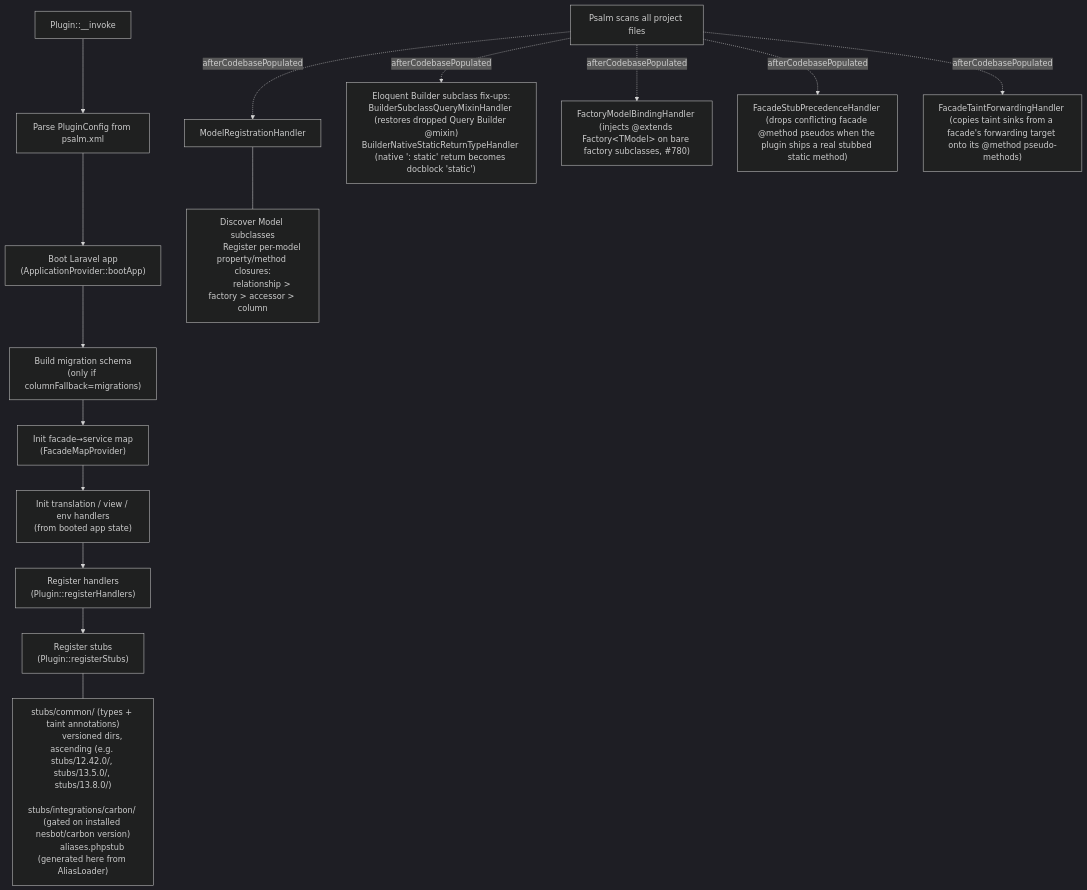
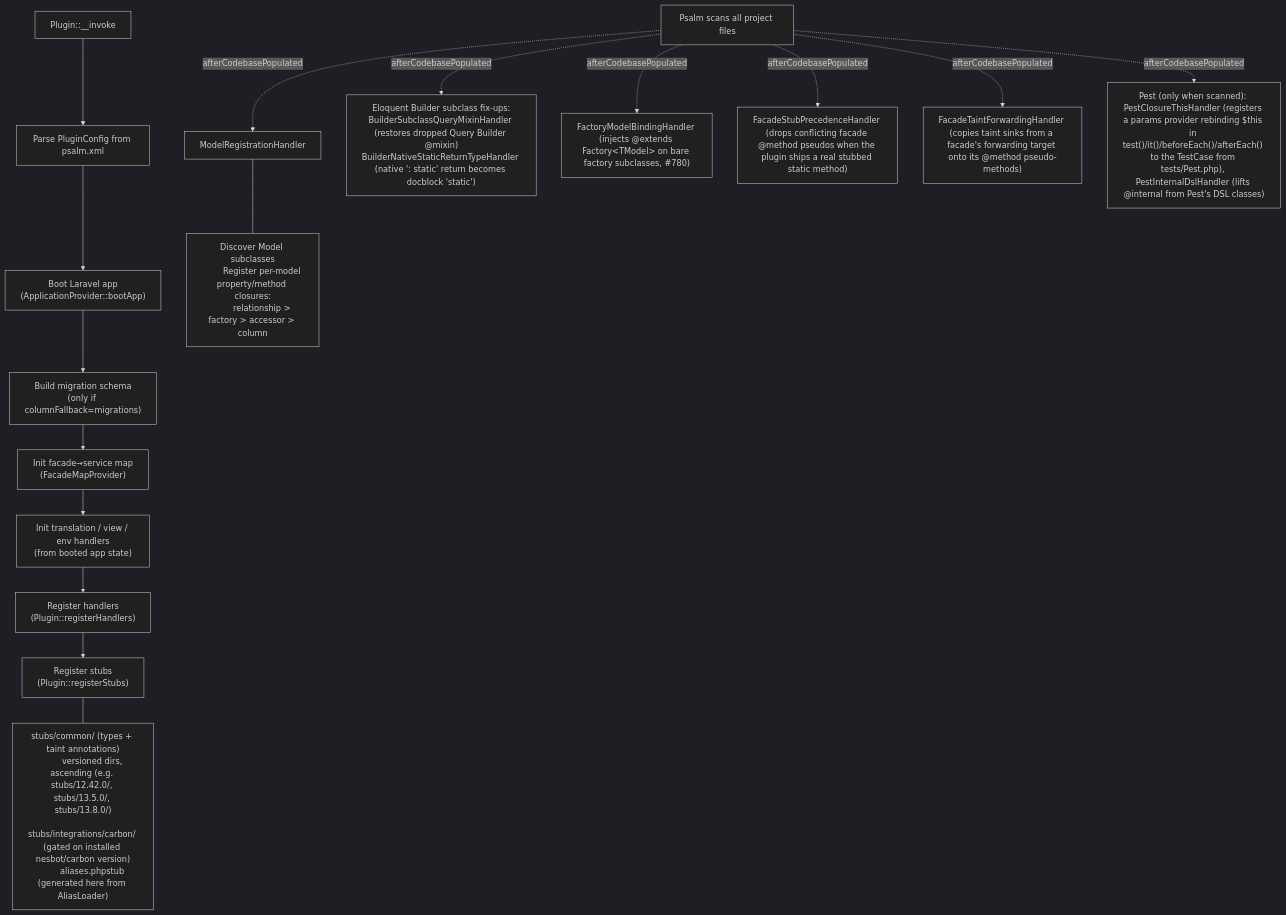
The first of 2 diagrams in docs/contributing/README.md (psalm/psalm-plugin-laravel), drawn with Mermaid (dark theme) before and after one commit. The commit also changed 21 other files, not shown here.

First line of the commit message:
feat(pest): bind test closures' $this to the configured TestCase

````diff
--- a/docs/contributing/README.md
+++ b/docs/contributing/README.md
@@ -19,28 +19,29 @@
 ```mermaid
 flowchart TD
     A["Plugin::__invoke"] --> B["Parse PluginConfig from psalm.xml"]
     B --> C["Boot Laravel app\n(ApplicationProvider::bootApp)"]
     C --> D["Build migration schema\n(only if columnFallback=migrations)"]
     D --> E["Init facade→service map\n(FacadeMapProvider)"]
     E --> F["Init translation / view / env handlers\n(from booted app state)"]
     F --> G["Register handlers\n(Plugin::registerHandlers)"]
     G --> H["Register stubs\n(Plugin::registerStubs)"]
 
     H --- stubs["
         stubs/common/ (types + taint annotations)
         versioned dirs, ascending (e.g. stubs/12.42.0/, stubs/13.5.0/, stubs/13.8.0/)
         stubs/integrations/carbon/ (gated on installed nesbot/carbon version)
         aliases.phpstub (generated here from AliasLoader)
     "]
 
     I["Psalm scans all project files"] -.->|afterCodebasePopulated| J["ModelRegistrationHandler"]
     I -.->|afterCodebasePopulated| K["Eloquent Builder subclass fix-ups:\nBuilderSubclassQueryMixinHandler (restores dropped Query Builder @mixin)\nBuilderNativeStaticReturnTypeHandler (native ': static' return becomes docblock 'static')"]
     I -.->|afterCodebasePopulated| FMB["FactoryModelBindingHandler (injects @extends Factory&lt;TModel&gt; on bare factory subclasses, #780)"]
     I -.->|afterCodebasePopulated| FSP["FacadeStubPrecedenceHandler (drops conflicting facade @method pseudos when the plugin ships a real stubbed static method)"]
     I -.->|afterCodebasePopulated| FTF["FacadeTaintForwardingHandler (copies taint sinks from a facade's forwarding target onto its @method pseudo-methods)"]
+    I -.->|afterCodebasePopulated| PEST["Pest (only when scanned): PestClosureThisHandler (registers a params provider rebinding $this in test()/it()/beforeEach()/afterEach() to the TestCase from tests/Pest.php), PestInternalDslHandler (lifts @internal from Pest's DSL classes)"]
     J --- models["
         Discover Model subclasses
         Register per-model property/method closures:
         relationship > factory > accessor > column
     "]
 ```
````
